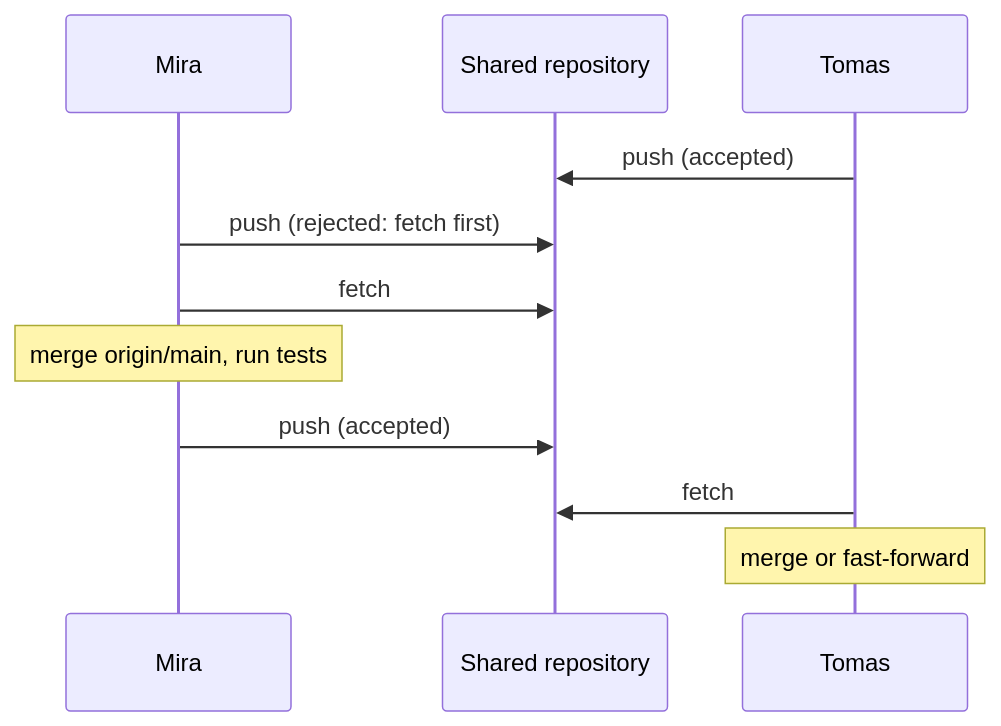
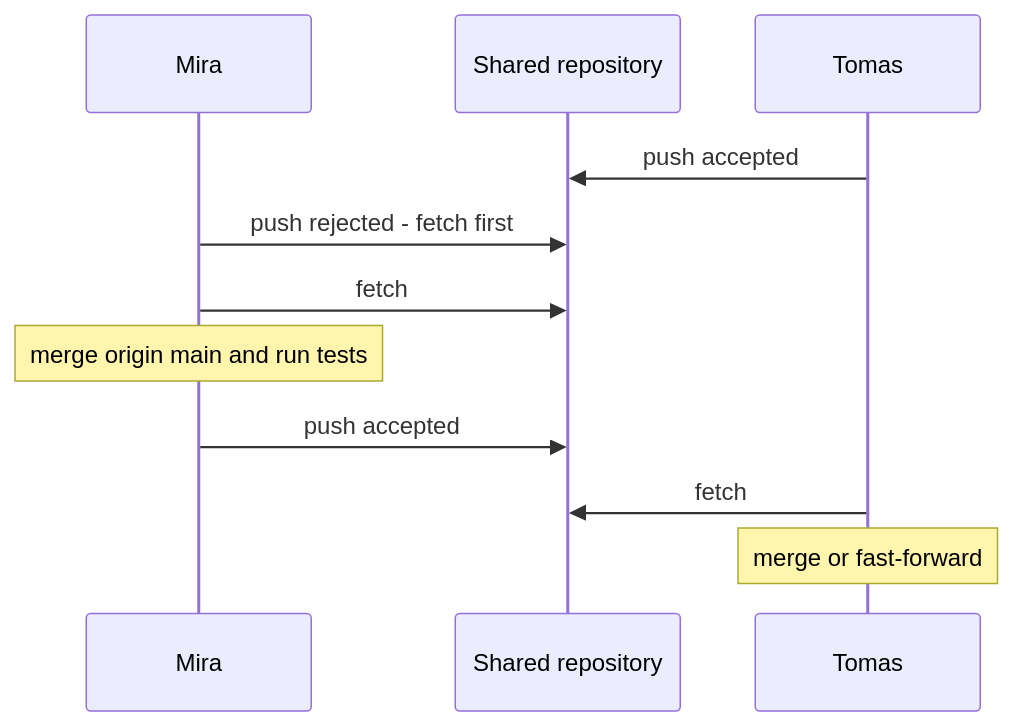
One commit to alvinnew100/grand-line-study-guide changed the sixth of 6 diagrams in src/git/lessons/13-contributing.md. Above: the diagram before and after it, drawn with Mermaid. The commit also changed other lines of this file and 4 other files, not shown here.

Commit message:
Git: fix three diagrams that failed to render

````diff
--- a/src/git/lessons/13-contributing.md
+++ b/src/git/lessons/13-contributing.md
@@ -207,13 +208,13 @@
 ```mermaid
 sequenceDiagram
   participant M as Mira
   participant S as Shared repository
   participant T as Tomas
-  T->>S: push (accepted)
-  M->>S: push (rejected: fetch first)
+  T->>S: push accepted
+  M->>S: push rejected - fetch first
   M->>S: fetch
-  Note over M: merge origin/main, run tests
-  M->>S: push (accepted)
+  Note over M: merge origin main and run tests
+  M->>S: push accepted
   T->>S: fetch
   Note over T: merge or fast-forward
 ```
````
